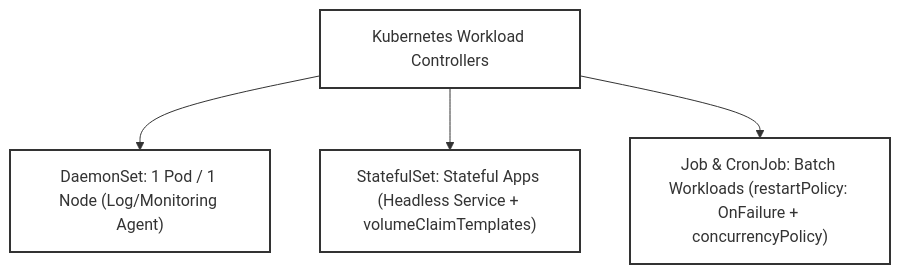
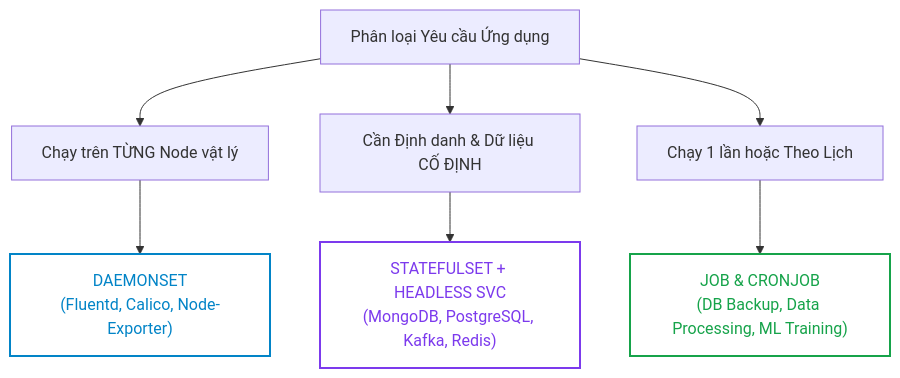
One commit to kiennt308/ntk changed the first of 3 diagrams in _posts/2026-09-12-cka-16-16-daemonset-statefulset-job.md. Above: the diagram before and after it, drawn with Mermaid. The commit also changed other lines of this file and 39 other files, not shown here.

````diff
--- a/_posts/2026-09-12-cka-16-16-daemonset-statefulset-job.md
+++ b/_posts/2026-09-12-cka-16-16-daemonset-statefulset-job.md
@@ -406,11 +47,14 @@
 ```mermaid
-graph TD
-    A["Kubernetes Workload Controllers"] --> B["DaemonSet: 1 Pod / 1 Node (Log/Monitoring Agent)"]
-    A --> C["StatefulSet: Stateful Apps (Headless Service + volumeClaimTemplates)"]
-    A --> D["Job & CronJob: Batch Workloads (restartPolicy: OnFailure + concurrencyPolicy)"]
+flowchart TD
+    classDef ds fill:none,stroke:#0284c7,stroke-width:2px,color:#0284c7;
+    classDef ss fill:none,stroke:#7c3aed,stroke-width:2px,color:#7c3aed;
+    classDef jb fill:none,stroke:#16a34a,stroke-width:2px,color:#16a34a;
 
-    style A fill:none,stroke:#333,stroke-width:2px
-    style B fill:none,stroke:#333,stroke-width:2px
-    style C fill:none,stroke:#333,stroke-width:2px
-    style D fill:none,stroke:#333,stroke-width:2px
+    WorkloadType["Phân loại Yêu cầu Ứng dụng"] --> NodeAgent["Chạy trên TỪNG Node vật lý"]
+    WorkloadType --> StatefulApp["Cần Định danh & Dữ liệu CỐ ĐỊNH"]
+    WorkloadType --> BatchTask["Chạy 1 lần hoặc Theo Lịch"]
+
+    NodeAgent --> DS["DAEMONSET<br>(Fluentd, Calico, Node-Exporter)"]:::ds
+    StatefulApp --> SS["STATEFULSET + HEADLESS SVC<br>(MongoDB, PostgreSQL, Kafka, Redis)"]:::ss
+    BatchTask --> JB["JOB & CRONJOB<br>(DB Backup, Data Processing, ML Training)"]:::jb
 ```
````
